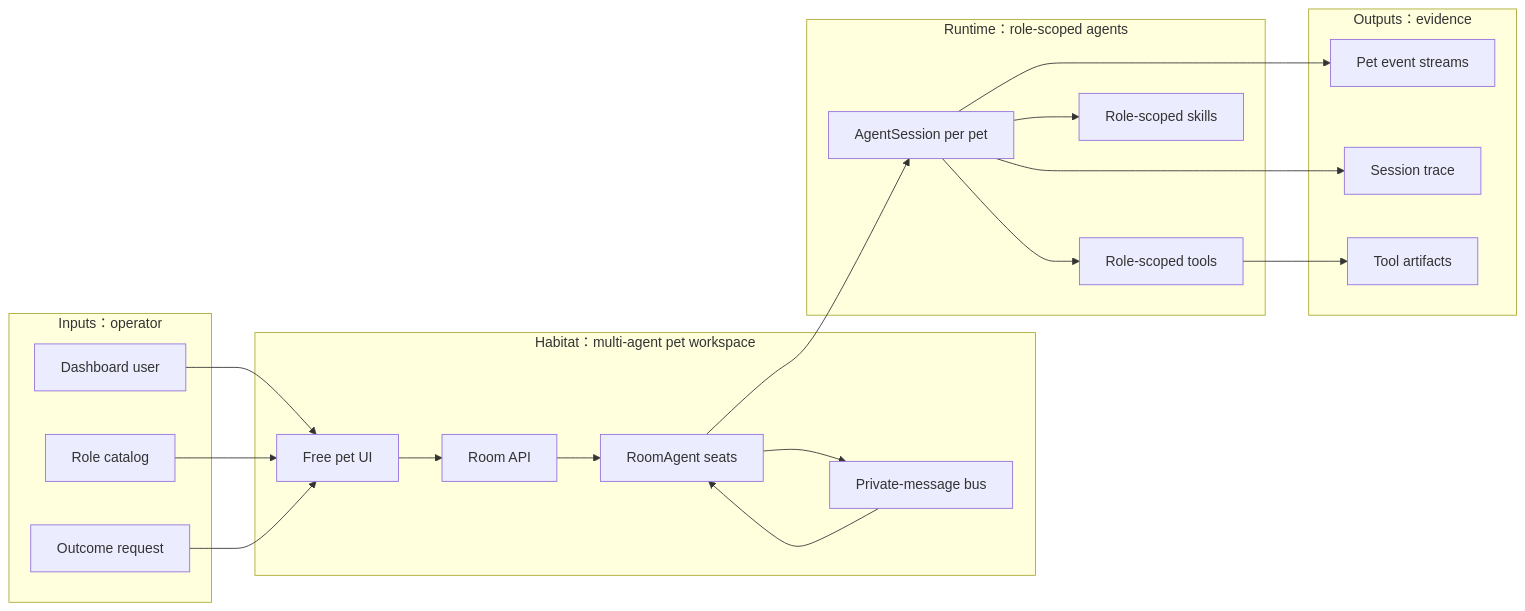
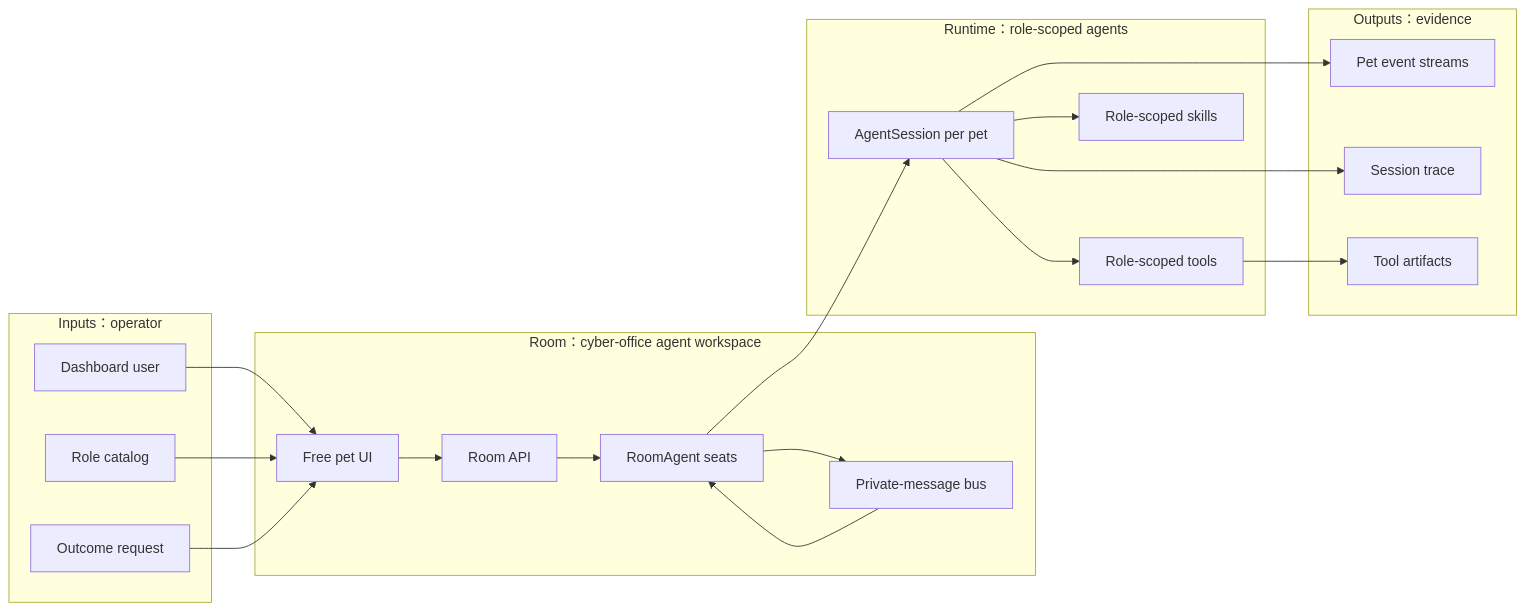
One commit to fightheyyy/XiaoBa-CLI changed the diagram in dashboard/SPEC.md. Above: the diagram before and after it, drawn with Mermaid. The commit also changed other lines of this file and 2 other files, not shown here.

Commit message:
Redesign dashboard room surface

````diff
--- a/dashboard/SPEC.md
+++ b/dashboard/SPEC.md
@@ -27,41 +27,41 @@
 ```mermaid
 flowchart LR
     subgraph Inputs["Inputs：operator"]
         Human["Dashboard user"]
         Roles["Role catalog"]
         Mission["Outcome request"]
     end
 
-    subgraph Habitat["Habitat：multi-agent pet workspace"]
+    subgraph Room["Room：cyber-office agent workspace"]
         UI["Free pet UI"]
         API["Room API"]
         Seats["RoomAgent seats"]
         PM["Private-message bus"]
     end
 
     subgraph Runtime["Runtime：role-scoped agents"]
         Sessions["AgentSession per pet"]
         Tools["Role-scoped tools"]
         Skills["Role-scoped skills"]
     end
 
     subgraph Outputs["Outputs：evidence"]
         SSE["Pet event streams"]
         Trace["Session trace"]
         Artifacts["Tool artifacts"]
     end
 
     Human --> UI
     Roles --> UI
     Mission --> UI
     UI --> API
     API --> Seats
     Seats --> PM
     PM --> Seats
     Seats --> Sessions
     Sessions --> Tools
     Sessions --> Skills
     Sessions --> SSE
     Tools --> Artifacts
     Sessions --> Trace
 ```
````
